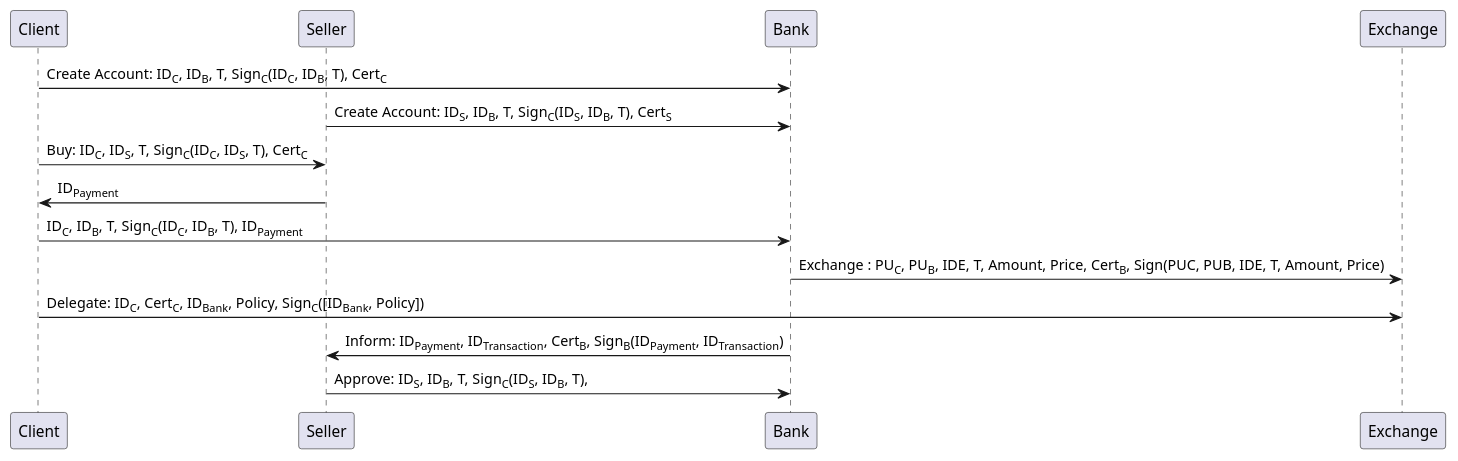
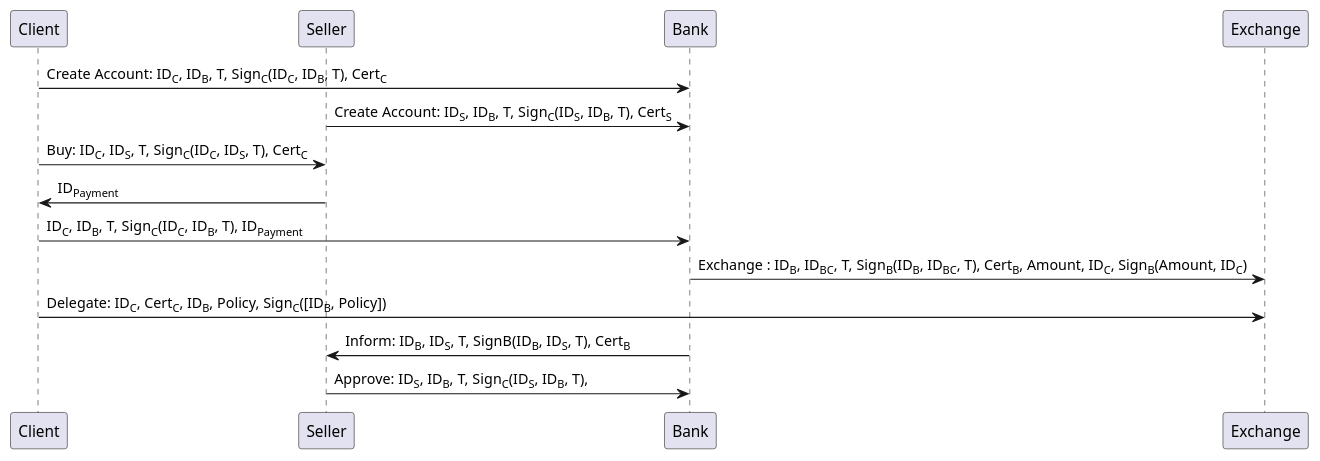
The diagram in diagrams/seq2.puml (momt99/dns_project), drawn with PlantUML before and after one commit.

Commit message:
Update sequence diagram

```diff
--- a/diagrams/seq2.puml
+++ b/diagrams/seq2.puml
@@ -1,21 +1,21 @@
 @startuml
 
 participant Client
 participant Seller
 participant Bank
 participant Exchange
 
 Client -> Bank : Create Account: ID<sub>C</sub>, ID<sub>B</sub>, T, Sign<sub>C</sub>(ID<sub>C</sub>, ID<sub>B</sub>, T), Cert<sub>C</sub>
 Seller -> Bank : Create Account: ID<sub>S</sub>, ID<sub>B</sub>, T, Sign<sub>C</sub>(ID<sub>S</sub>, ID<sub>B</sub>, T), Cert<sub>S</sub>
 
 Client -> Seller : Buy: ID<sub>C</sub>, ID<sub>S</sub>, T, Sign<sub>C</sub>(ID<sub>C</sub>, ID<sub>S</sub>, T), Cert<sub>C</sub>
 Seller -> Client : ID<sub>Payment</sub>
 
 Client -> Bank : ID<sub>C</sub>, ID<sub>B</sub>, T, Sign<sub>C</sub>(ID<sub>C</sub>, ID<sub>B</sub>, T), ID<sub>Payment</sub>
-Bank -> Exchange : Exchange : PU<sub>C</sub>, PU<sub>B</sub>, IDE, T, Amount, Price, Cert<sub>B</sub>, Sign(PUC, PUB, IDE, T, Amount, Price)
-Client -> Exchange: Delegate: ID<sub>C</sub>, Cert<sub>C</sub>, ID<sub>Bank</sub>, Policy, Sign<sub>C</sub>([ID<sub>Bank</sub>, Policy])
+Bank -> Exchange : Exchange : ID<sub>B</sub>, ID<sub>BC</sub>, T, Sign<sub>B</sub>(ID<sub>B</sub>, ID<sub>BC</sub>, T), Cert<sub>B</sub>, Amount, ID<sub>C</sub>, Sign<sub>B</sub>(Amount, ID<sub>C</sub>)
+Client -> Exchange: Delegate: ID<sub>C</sub>, Cert<sub>C</sub>, ID<sub>B</sub>, Policy, Sign<sub>C</sub>([ID<sub>B</sub>, Policy])
 
-Bank -> Seller : Inform: ID<sub>Payment</sub>, ID<sub>Transaction</sub>, Cert<sub>B</sub>, Sign<sub>B</sub>(ID<sub>Payment</sub>, ID<sub>Transaction</sub>)
+Bank -> Seller : Inform: ID<sub>B</sub>, ID<sub>S</sub>, T, SignB(ID<sub>B</sub>, ID<sub>S</sub>, T), Cert<sub>B</sub>
 Seller -> Bank : Approve: ID<sub>S</sub>, ID<sub>B</sub>, T, Sign<sub>C</sub>(ID<sub>S</sub>, ID<sub>B</sub>, T),
 
 @enduml
```
